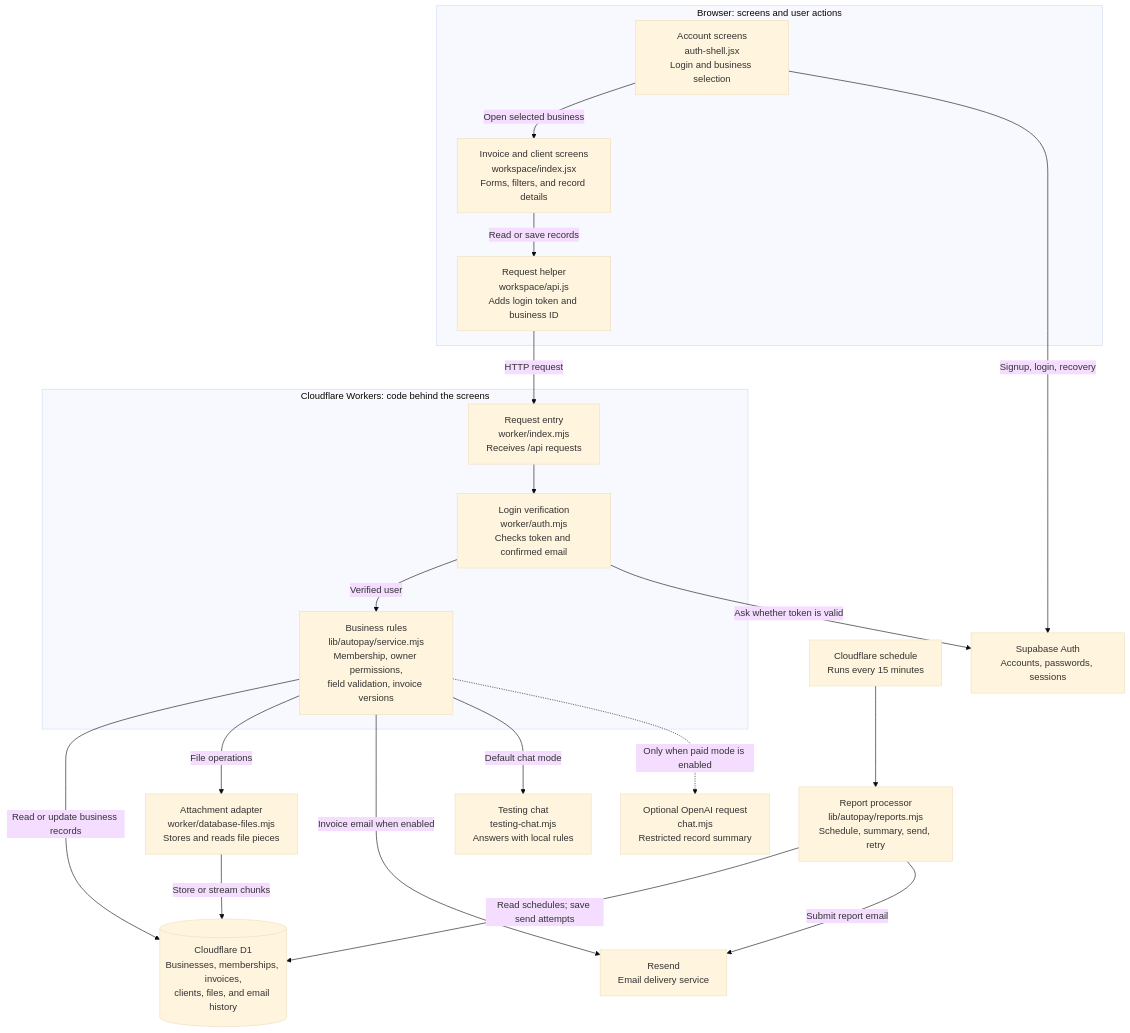
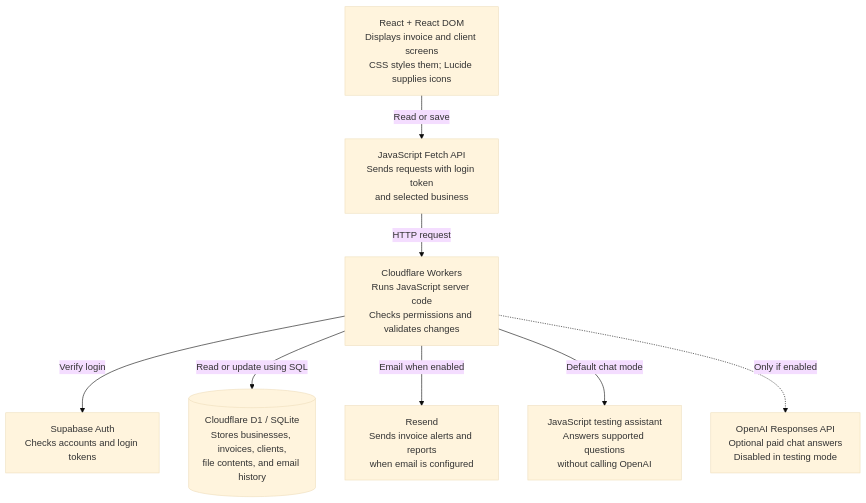
The first of 4 diagrams in docs/STUDY_GUIDE.md (AredthSanchez/AutoPay), drawn with Mermaid (base theme) before and after one commit. The commit also changed other lines of this file and 1 other file, not shown here.

Commit message:
Label architecture tools and separate the build workflow

````diff
--- a/docs/STUDY_GUIDE.md
+++ b/docs/STUDY_GUIDE.md
@@ -11,38 +11,19 @@
 ```mermaid
-flowchart TB
-    subgraph Browser["Browser: screens and user actions"]
-        Account["Account screens<br/>auth-shell.jsx<br/>Login and business selection"]
-        Workspace["Invoice and client screens<br/>workspace/index.jsx<br/>Forms, filters, and record details"]
-        API["Request helper<br/>workspace/api.js<br/>Adds login token and business ID"]
-        Account -->|"Open selected business"| Workspace
-        Workspace -->|"Read or save records"| API
-    end
-    subgraph Server["Cloudflare Workers: code behind the screens"]
-        Entry["Request entry<br/>worker/index.mjs<br/>Receives /api requests"]
-        Identity["Login verification<br/>worker/auth.mjs<br/>Checks token and confirmed email"]
-        Service["Business rules<br/>lib/autopay/service.mjs<br/>Membership, owner permissions,<br/>field validation, invoice versions"]
-        Entry --> Identity
-        Identity -->|"Verified user"| Service
-    end
-    Auth["Supabase Auth<br/>Accounts, passwords, sessions"]
-    DB[("Cloudflare D1<br/>Businesses, memberships, invoices,<br/>clients, files, and email history")]
-    FileStore["Attachment adapter<br/>worker/database-files.mjs<br/>Stores and reads file pieces"]
-    Reports["Report processor<br/>lib/autopay/reports.mjs<br/>Schedule, summary, send, retry"]
-    Cron["Cloudflare schedule<br/>Runs every 15 minutes"]
-    Mail["Resend<br/>Email delivery service"]
-    LocalChat["Testing chat<br/>testing-chat.mjs<br/>Answers with local rules"]
-    PaidChat["Optional OpenAI request<br/>chat.mjs<br/>Restricted record summary"]
+flowchart TD
+    Screen["React + React DOM<br/>Displays invoice and client screens<br/>CSS styles them; Lucide supplies icons"]
+    Requests["JavaScript Fetch API<br/>Sends requests with login token<br/>and selected business"]
+    Worker["Cloudflare Workers<br/>Runs JavaScript server code<br/>Checks permissions and validates changes"]
+    Login["Supabase Auth<br/>Checks accounts and login tokens"]
+    Data[("Cloudflare D1 / SQLite<br/>Stores businesses, invoices, clients,<br/>file contents, and email history")]
+    Email["Resend<br/>Sends invoice alerts and reports<br/>when email is configured"]
+    Testing["JavaScript testing assistant<br/>Answers supported questions<br/>without calling OpenAI"]
+    OpenAI["OpenAI Responses API<br/>Optional paid chat answers<br/>Disabled in testing mode"]
 
-    Account -->|"Signup, login, recovery"| Auth
-    API -->|"HTTP request"| Entry
-    Identity -->|"Ask whether token is valid"| Auth
-    Service -->|"Read or update business records"| DB
-    Service -->|"File operations"| FileStore
-    FileStore -->|"Store or stream chunks"| DB
-    Service -->|"Invoice email when enabled"| Mail
-    Service -->|"Default chat mode"| LocalChat
-    Service -.->|"Only when paid mode is enabled"| PaidChat
-    Cron --> Reports
-    Reports -->|"Read schedules; save send attempts"| DB
-    Reports -->|"Submit report email"| Mail
+    Screen -->|"Read or save"| Requests
+    Requests -->|"HTTP request"| Worker
+    Worker -->|"Verify login"| Login
+    Worker -->|"Read or update using SQL"| Data
+    Worker -->|"Email when enabled"| Email
+    Worker -->|"Default chat mode"| Testing
+    Worker -.->|"Only if enabled"| OpenAI
 ```
````
